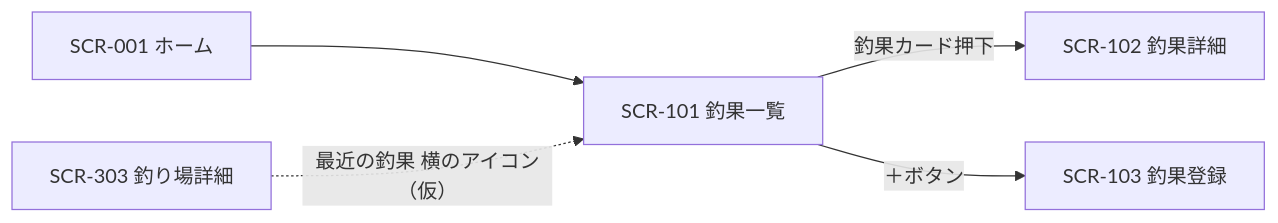
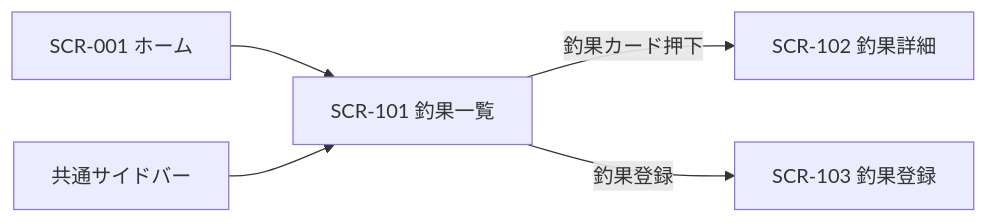
One commit to SerioFishingMap/SerioFishingMap changed the diagram in 設計/画面/SCR-101-catch-list.md. Above: the diagram before and after it, drawn with Mermaid. The commit also changed other lines of this file, not shown here.

Commit message:
SCR-101 釣果一覧画面の設計書を更新し、概要やレイアウトを明確化。デザインカンプのURLを修正し、画面項目やアクションを整理。カードタイトルから魚種名を削除し、サブタイトルに魚種名と匹数を表示するよう変更。

````diff
--- a/設計/画面/SCR-101-catch-list.md
+++ b/設計/画面/SCR-101-catch-list.md
@@ -113,7 +81,7 @@
 ```mermaid
 flowchart LR
     SCR_001["SCR-001 ホーム"] --> SCR_101["SCR-101 釣果一覧"]
+    NAV["共通サイドバー"] --> SCR_101
     SCR_101 -->|"釣果カード押下"| SCR_102["SCR-102 釣果詳細"]
-    SCR_101 -->|"＋ボタン"| SCR_103["SCR-103 釣果登録"]
-    SCR_303["SCR-303 釣り場詳細"] -.->|"最近の釣果 横のアイコン（仮）"| SCR_101
+    SCR_101 -->|"釣果登録"| SCR_103["SCR-103 釣果登録"]
 ```
````
